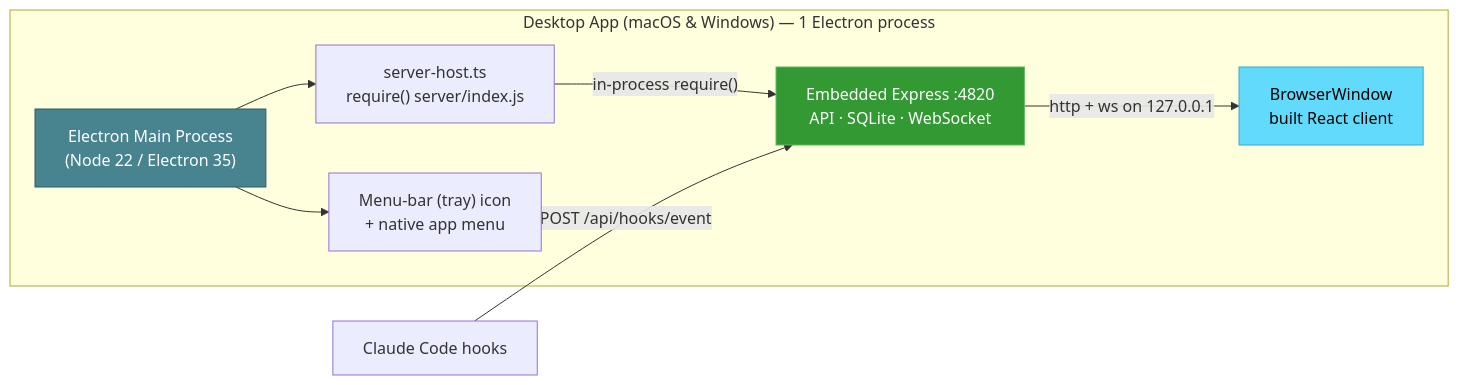
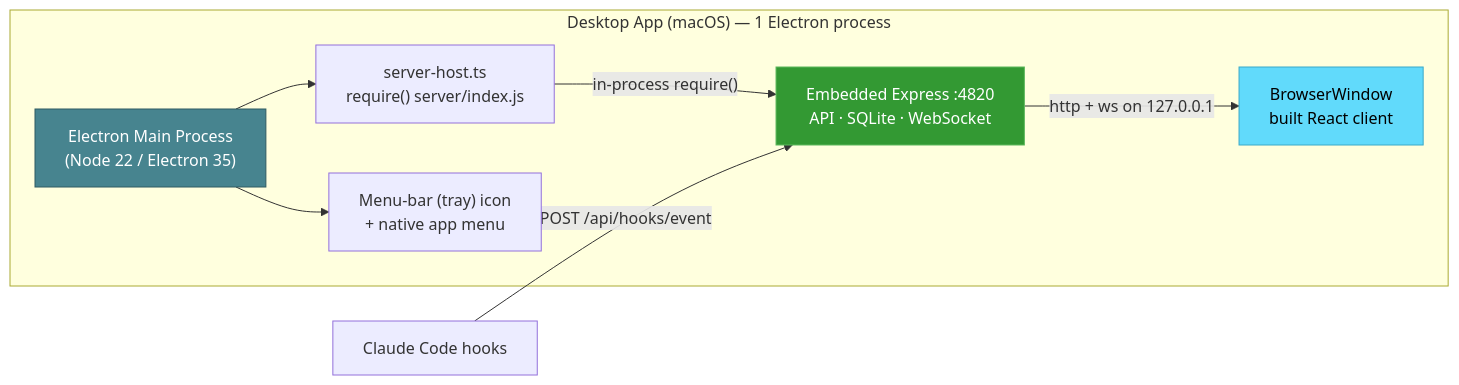
Diagram 22 of 22 in README-ES.md (buluma/Code-Agent-Monitor), drawn with Mermaid before and after one commit. The commit also changed other lines of this file and 27 other files, not shown here.

First line of the commit message:
feat(desktop): drop Windows support, macOS-only Electron app (#3)

````diff
--- a/README-ES.md
+++ b/README-ES.md
@@ -2124,20 +2081,20 @@
 ```mermaid
 flowchart LR
-    subgraph desktop["Desktop App (macOS & Windows) — 1 Electron process"]
+    subgraph desktop["Desktop App (macOS) — 1 Electron process"]
         E_MAIN["Electron Main Process<br/>(Node 22 / Electron 35)"]
         E_HOST["server-host.ts<br/>require() server/index.js"]
         E_SRV["Embedded Express :4820<br/>API · SQLite · WebSocket"]
         E_WIN["BrowserWindow<br/>built React client"]
         E_TRAY["Menu-bar (tray) icon<br/>+ native app menu"]
         E_MAIN --> E_HOST
         E_HOST -->|"in-process require()"| E_SRV
         E_MAIN --> E_TRAY
         E_SRV -->|"http + ws on 127.0.0.1"| E_WIN
     end
 
     E_HOOKS["Claude Code hooks"] -->|"POST /api/hooks/event"| E_SRV
 
     style E_MAIN fill:#47848F,stroke:#2f5a62,color:#fff
     style E_SRV fill:#339933,stroke:#5cb85c,color:#fff
     style E_WIN fill:#61DAFB,stroke:#3aa9c9,color:#000
 ```
````
